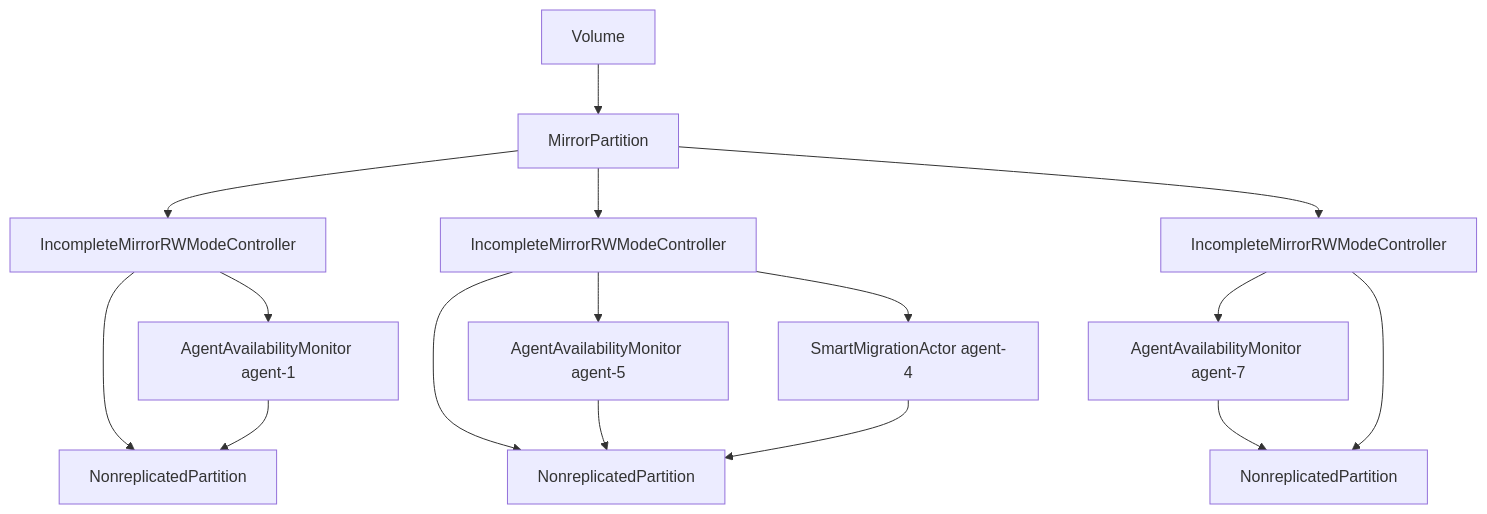
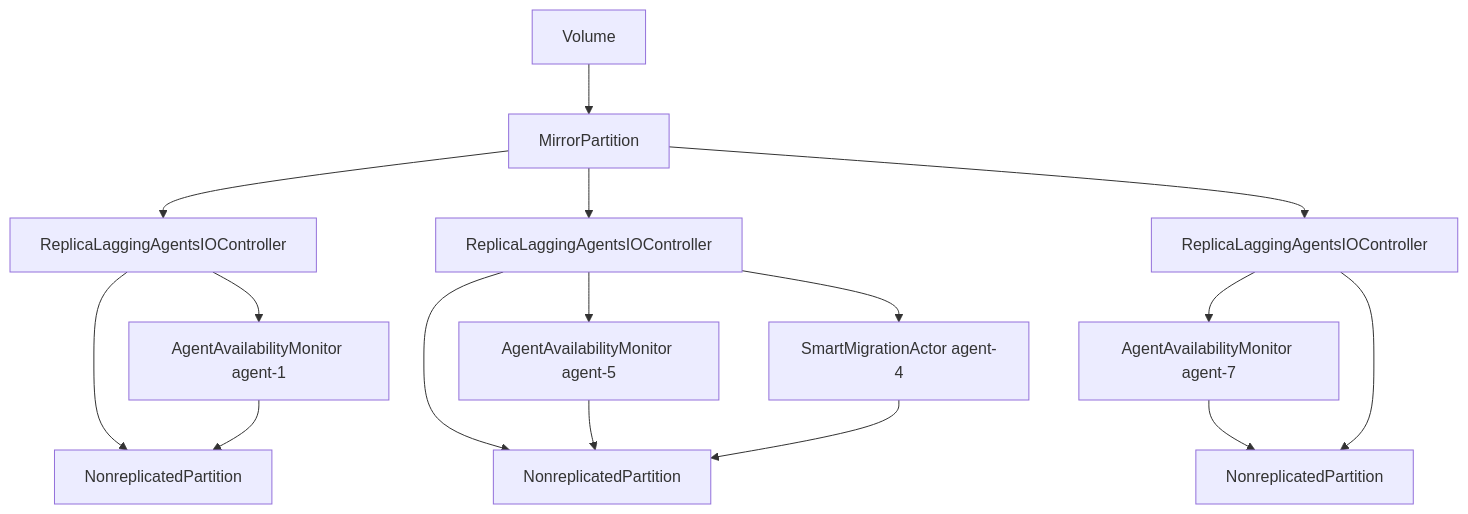
The first of 2 diagrams in doc/blockstore/storage/dynamic_io_mirroring_proposal.md (ydb-platform/nbs), drawn with Mermaid before and after one commit. The commit also changed other lines of this file and 90 other files, not shown here.

````diff
--- a/doc/blockstore/storage/dynamic_io_mirroring_proposal.md
+++ b/doc/blockstore/storage/dynamic_io_mirroring_proposal.md
@@ -43,18 +43,18 @@
 ```mermaid
 flowchart TD
     A[Volume]  --> B[MirrorPartition]
-    B --> C[IncompleteMirrorRWModeController]
-    B --> D[IncompleteMirrorRWModeController]
-    B --> E[IncompleteMirrorRWModeController]
+    B --> C[ReplicaLaggingAgentsIOController]
+    B --> D[ReplicaLaggingAgentsIOController]
+    B --> E[ReplicaLaggingAgentsIOController]
     C --> F[AgentAvailabilityMonitor agent-1]
     C --> G[NonreplicatedPartition]
     F --> G
     D --> H[AgentAvailabilityMonitor agent-5]
     D --> I[SmartMigrationActor agent-4]
     D --> J[NonreplicatedPartition]
     H --> J
     I --> J
     E --> K[AgentAvailabilityMonitor agent-7]
     K --> L[NonreplicatedPartition]
     E --> L
 ```
````
